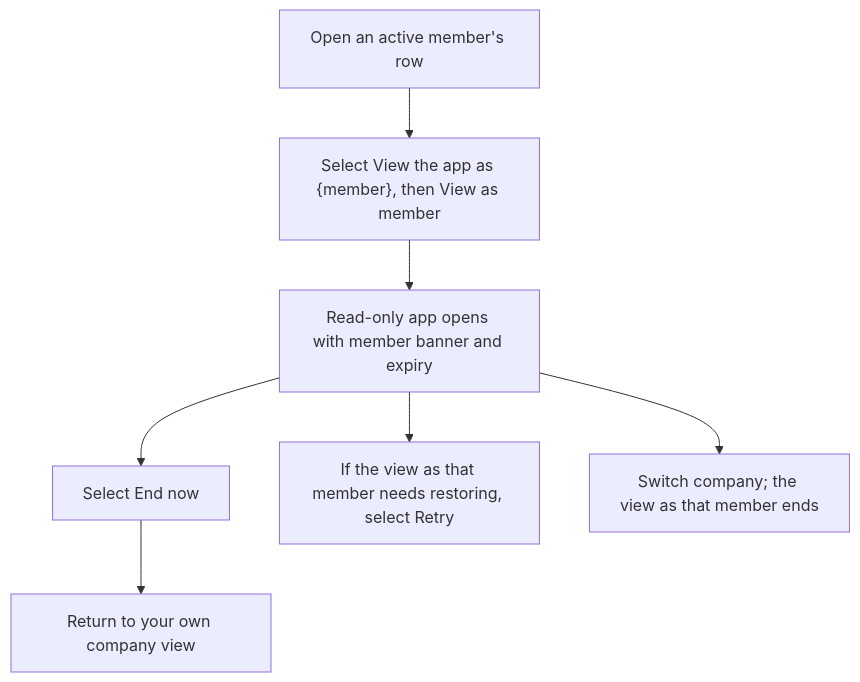
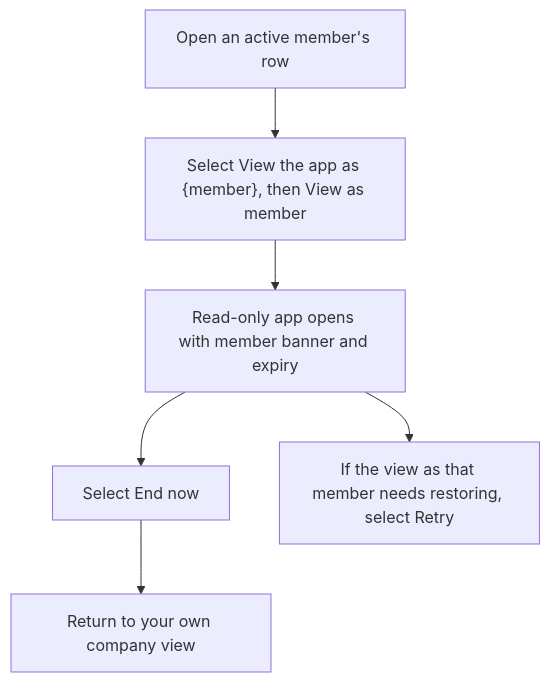
The first of 2 diagrams in user-stories/team/US-TEAM-08-view-as-member.md (Kevinjohn/capacitylens), drawn with Mermaid before and after one commit. The commit also changed other lines of this file and 26 other files, not shown here.

````diff
--- a/user-stories/team/US-TEAM-08-view-as-member.md
+++ b/user-stories/team/US-TEAM-08-view-as-member.md
@@ -20,9 +20,8 @@
 ```mermaid
 flowchart TD
     Row["Open an active member's row"] --> Confirm["Select View the app as {member}, then View as member"]
     Confirm --> View["Read-only app opens with member banner and expiry"]
     View --> End["Select End now"]
     End --> Own["Return to your own company view"]
     View --> Retry["If the view as that member needs restoring, select Retry"]
-    View --> Switch["Switch company; the view as that member ends"]
 ```
````
